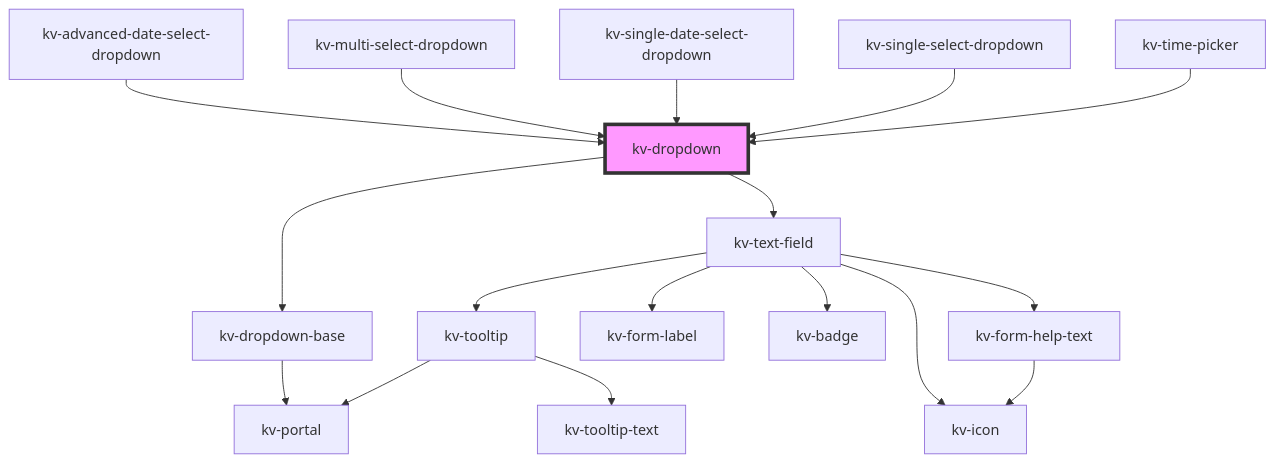
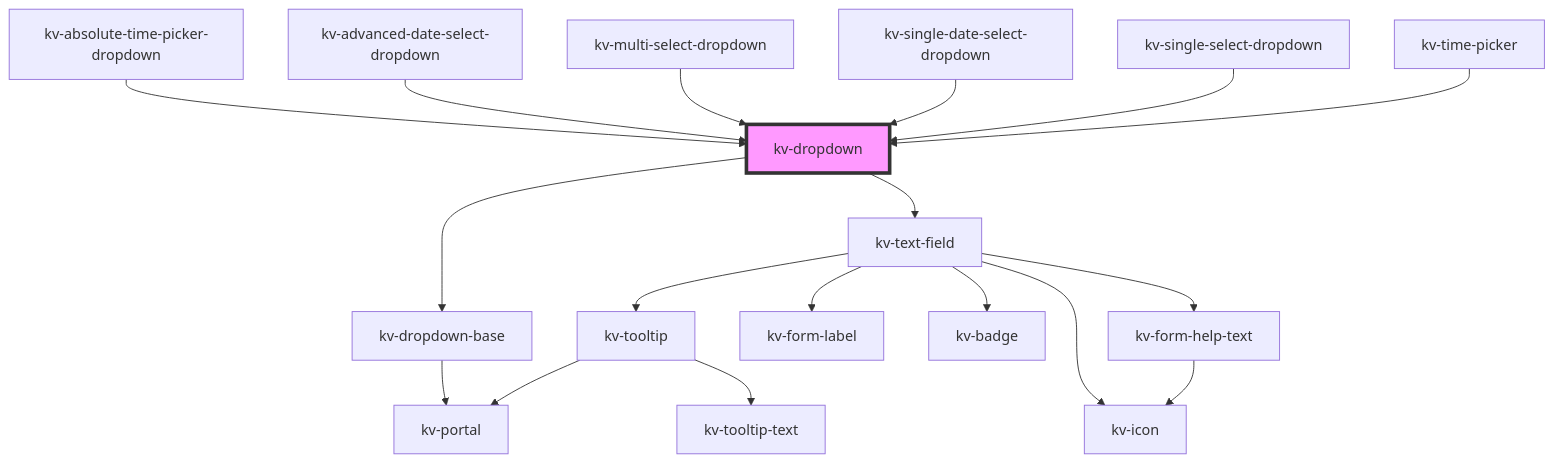
The diagram in packages/ui-components/src/components/dropdown/readme.md (kelvininc/ui-components), drawn with Mermaid before and after one commit. The commit also changed other lines of this file and 41 other files, not shown here.

Commit message:
feat(absolute-time-picker-dropdown)!: add new dropdown component and single date functionality

````diff
--- a/packages/ui-components/src/components/dropdown/readme.md
+++ b/packages/ui-components/src/components/dropdown/readme.md
@@ -142,20 +143,21 @@
 ```mermaid
 graph TD;
   kv-dropdown --> kv-dropdown-base
   kv-dropdown --> kv-text-field
   kv-dropdown-base --> kv-portal
   kv-text-field --> kv-tooltip
   kv-text-field --> kv-form-label
   kv-text-field --> kv-icon
   kv-text-field --> kv-badge
   kv-text-field --> kv-form-help-text
   kv-tooltip --> kv-portal
   kv-tooltip --> kv-tooltip-text
   kv-form-help-text --> kv-icon
+  kv-absolute-time-picker-dropdown --> kv-dropdown
   kv-advanced-date-select-dropdown --> kv-dropdown
   kv-multi-select-dropdown --> kv-dropdown
   kv-single-date-select-dropdown --> kv-dropdown
   kv-single-select-dropdown --> kv-dropdown
   kv-time-picker --> kv-dropdown
   style kv-dropdown fill:#f9f,stroke:#333,stroke-width:4px
 ```
````
